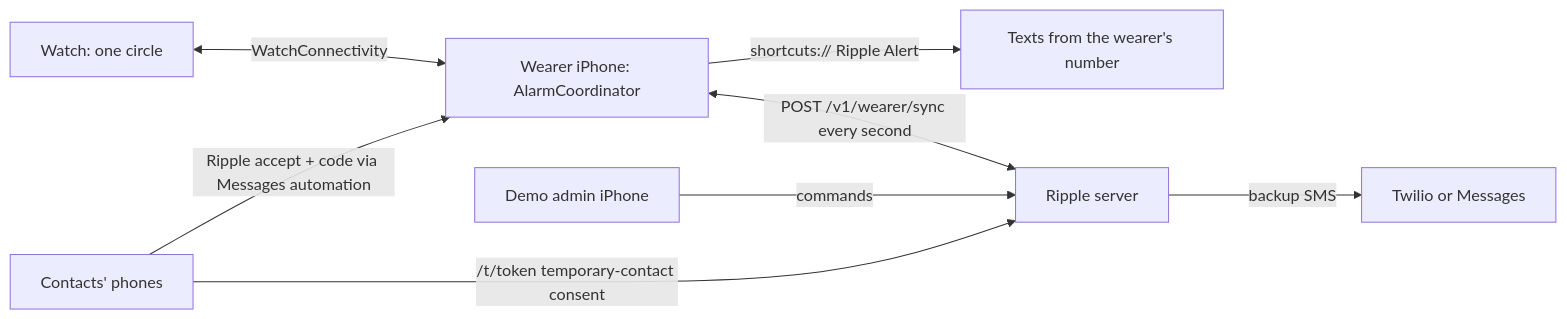
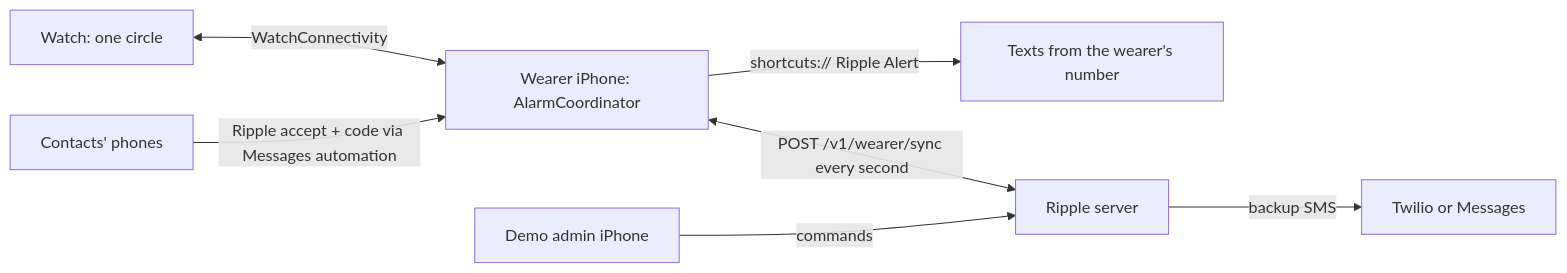
The diagram in IMPLEMENTATION_PLAN.md (JummyJoeJackson/htv11-ripple), drawn with Mermaid before and after one commit. The commit also changed other lines of this file and 31 other files, not shown here.

````diff
--- a/IMPLEMENTATION_PLAN.md
+++ b/IMPLEMENTATION_PLAN.md
@@ -23,10 +23,9 @@
 ```mermaid
 flowchart LR
     watch["Watch: one circle"] <-->|"WatchConnectivity"| phone["Wearer iPhone: AlarmCoordinator"]
     phone -->|"shortcuts:// Ripple Alert"| texts["Texts from the wearer's number"]
     phone <-->|"POST /v1/wearer/sync every second"| server["Ripple server"]
     admin["Demo admin iPhone"] -->|"commands"| server
     server -->|"backup SMS"| twilio["Twilio or Messages"]
     contacts["Contacts' phones"] -->|"Ripple accept + code via Messages automation"| phone
-    contacts -->|"/t/token temporary-contact consent"| server
 ```
````
